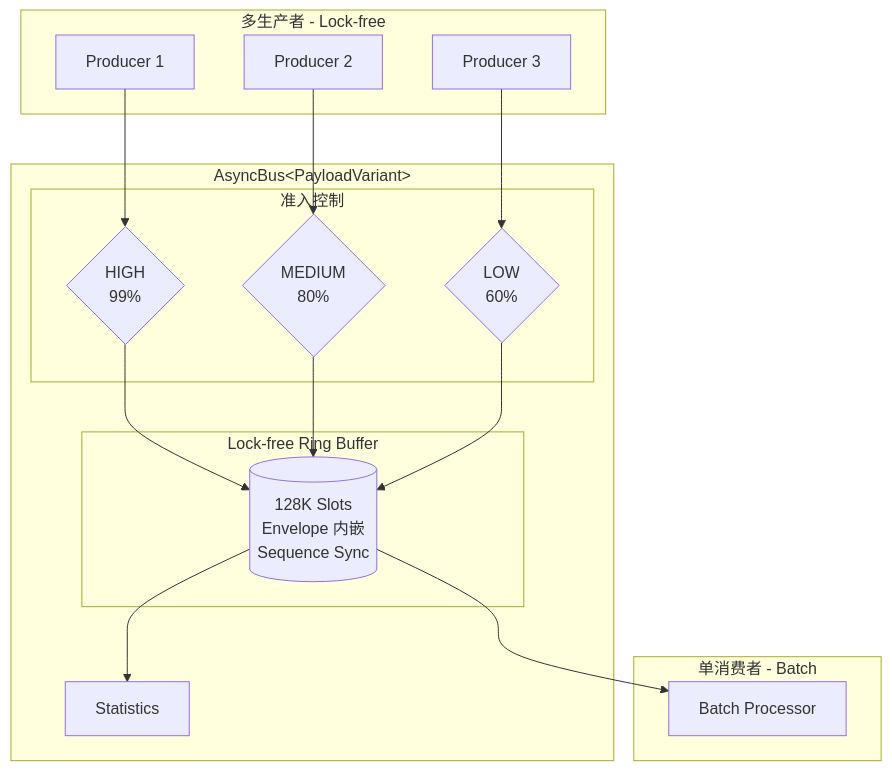
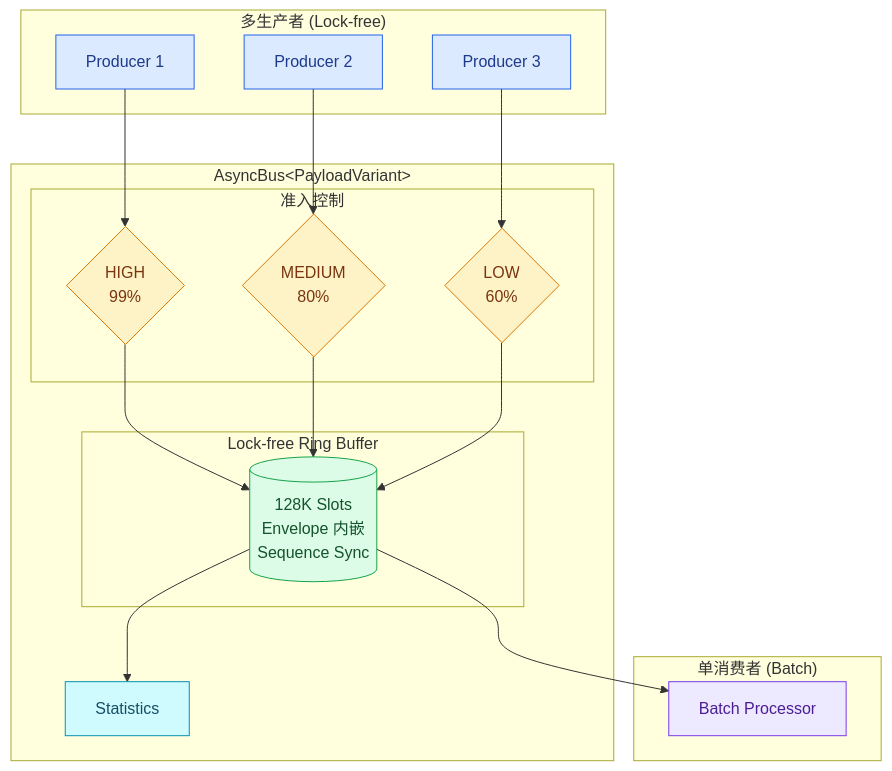
The first of 3 diagrams in content/posts/performance/mccc_lockfree_mpsc_design.md (DeguiLiu/tech-notes), drawn with Mermaid before and after one commit. The commit also changed other lines of this file and 20 other files, not shown here.

First line of the commit message:
story-docs(blog): de-AI performance posts and color bus diagrams

````diff
--- a/content/posts/performance/mccc_lockfree_mpsc_design.md
+++ b/content/posts/performance/mccc_lockfree_mpsc_design.md
@@ -30,33 +32,38 @@
 ```mermaid
 flowchart TB
-    subgraph Producers[多生产者 - Lock-free]
-        P1[Producer 1]
-        P2[Producer 2]
-        P3[Producer 3]
+    subgraph Producers["多生产者 (Lock-free)"]
+        P1["Producer 1"]:::prod
+        P2["Producer 2"]:::prod
+        P3["Producer 3"]:::prod
     end
 
     subgraph AsyncBus["AsyncBus&lt;PayloadVariant&gt;"]
-        subgraph AdmissionControl[准入控制]
-            HC{HIGH<br/>99%}
-            MC{MEDIUM<br/>80%}
-            LC{LOW<br/>60%}
+        subgraph AdmissionControl["准入控制"]
+            HC{"HIGH<br/>99%"}:::adm
+            MC{"MEDIUM<br/>80%"}:::adm
+            LC{"LOW<br/>60%"}:::adm
         end
-        subgraph RingBuffer[Lock-free Ring Buffer]
-            RB[(128K Slots<br/>Envelope 内嵌<br/>Sequence Sync)]
+        subgraph RingBuffer["Lock-free Ring Buffer"]
+            RB[("128K Slots<br/>Envelope 内嵌<br/>Sequence Sync")]:::ring
         end
-        Stats[Statistics]
+        Stats["Statistics"]:::stat
     end
 
-    subgraph Consumer[单消费者 - Batch]
-        C1[Batch Processor]
+    subgraph Consumer["单消费者 (Batch)"]
+        C1["Batch Processor"]:::cons
     end
 
     P1 --> HC
     P2 --> MC
     P3 --> LC
     HC --> RB
     MC --> RB
     LC --> RB
     RB --> C1
     RB --> Stats
+    classDef prod fill:#dbeafe,stroke:#2563eb,color:#1e3a8a
+    classDef adm fill:#fef3c7,stroke:#d97706,color:#78350f
+    classDef ring fill:#dcfce7,stroke:#16a34a,color:#14532d
+    classDef stat fill:#cffafe,stroke:#0891b2,color:#164e63
+    classDef cons fill:#ede9fe,stroke:#7c3aed,color:#4c1d95
 ```
````
